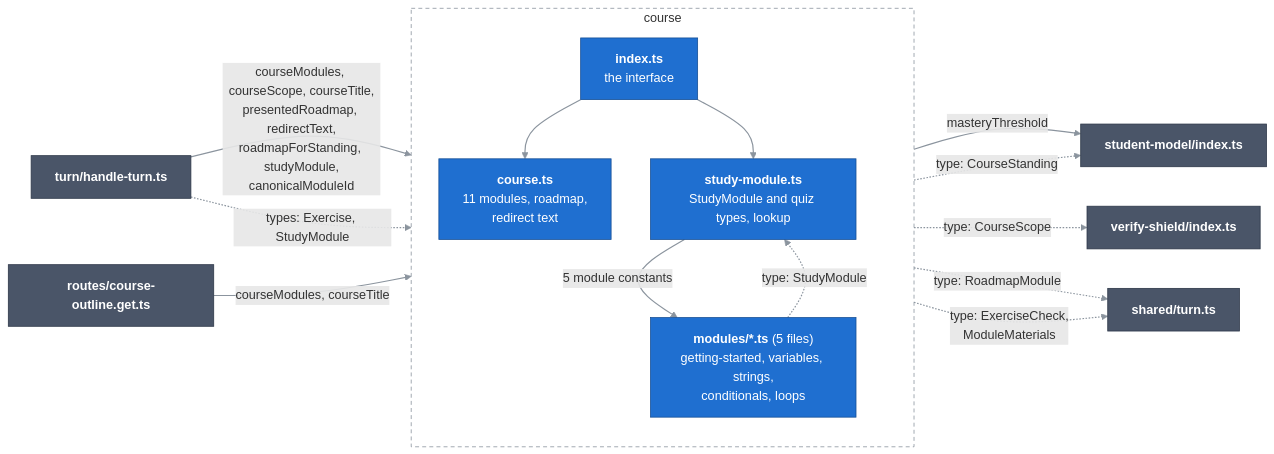
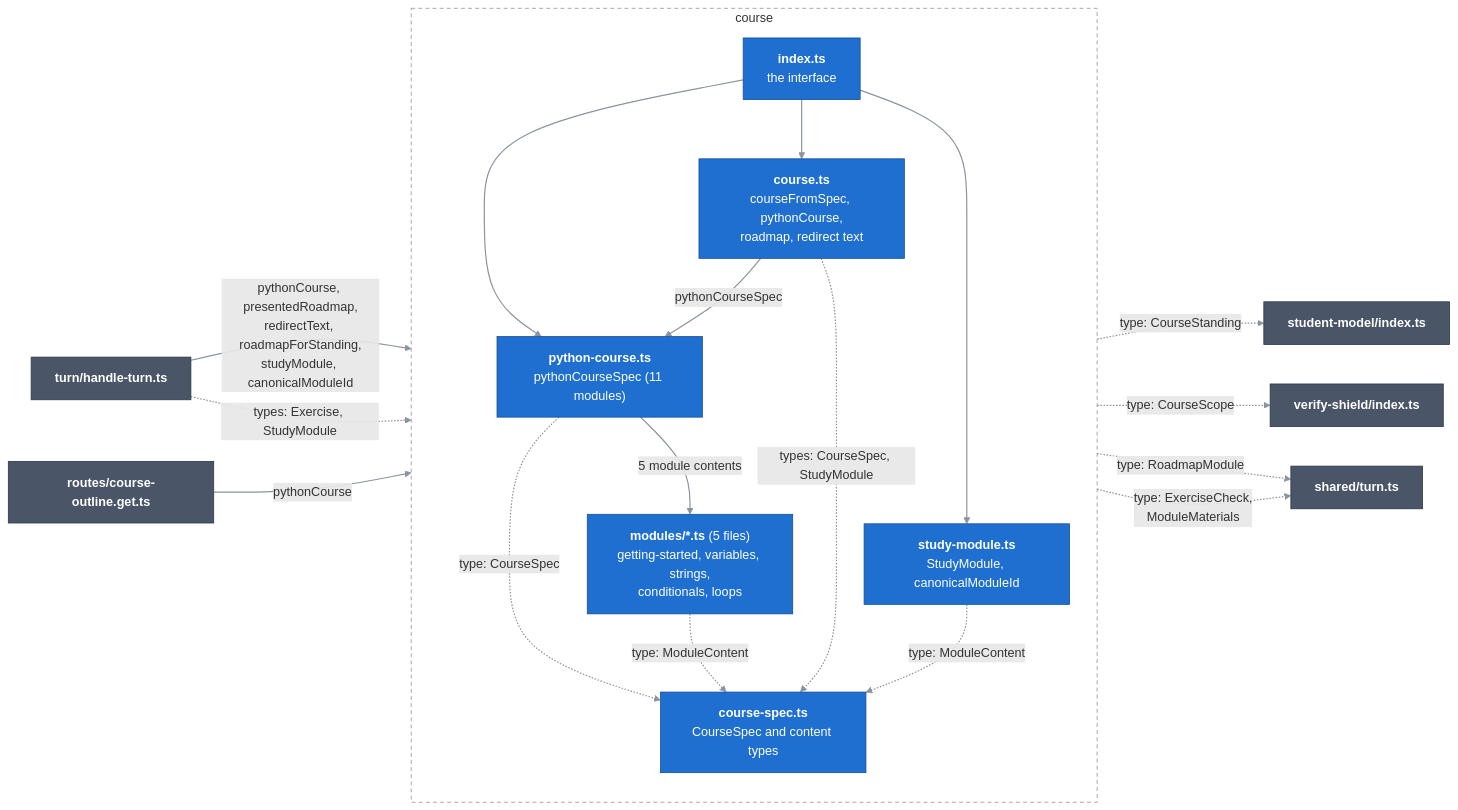
One commit to Bill2926/COS40005_HN9_Verifiable_Co-Learner_Agent changed the diagram in docs/c4/03-components/server/04-course.md. Above: the diagram before and after it, drawn with Mermaid. The commit also changed other lines of this file and 30 other files, not shown here.

First line of the commit message:
Course: the course becomes data shaped by the course spec (#158)

````diff
--- a/docs/c4/03-components/server/04-course.md
+++ b/docs/c4/03-components/server/04-course.md
@@ -11,35 +13,41 @@
 ```mermaid
 flowchart LR
   classDef comp fill:#1f6fd0,stroke:#164f96,color:#ffffff
   classDef near fill:#4a5568,stroke:#2d3748,color:#ffffff
   linkStyle default stroke:#8b949e,stroke-width:1.5px
 
   handleTurn["<b>turn/handle-turn.ts</b>"]:::near
   outline["<b>routes/course-outline.get.ts</b>"]:::near
   studentModel["<b>student-model/index.ts</b>"]:::near
   shield["<b>verify-shield/index.ts</b>"]:::near
   turnTypes["<b>shared/turn.ts</b>"]:::near
 
   subgraph course["course"]
     direction TB
     index["<b>index.ts</b><br/>the interface"]:::comp
-    courseFile["<b>course.ts</b><br/>11 modules, roadmap,<br/>redirect text"]:::comp
-    studyModule["<b>study-module.ts</b><br/>StudyModule and quiz types, lookup"]:::comp
+    courseFile["<b>course.ts</b><br/>courseFromSpec, pythonCourse,<br/>roadmap, redirect text"]:::comp
+    spec["<b>course-spec.ts</b><br/>CourseSpec and content types"]:::comp
+    pythonSpec["<b>python-course.ts</b><br/>pythonCourseSpec (11 modules)"]:::comp
+    studyModule["<b>study-module.ts</b><br/>StudyModule, canonicalModuleId"]:::comp
     modules["<b>modules/*.ts</b> (5 files)<br/>getting-started, variables, strings,<br/>conditionals, loops"]:::comp
   end
 
-  handleTurn -->|"courseModules, courseScope, courseTitle,<br/>presentedRoadmap, redirectText,<br/>roadmapForStanding, studyModule,<br/>canonicalModuleId"| index
+  handleTurn -->|"pythonCourse, presentedRoadmap,<br/>redirectText, roadmapForStanding,<br/>studyModule, canonicalModuleId"| index
   handleTurn -.->|"types: Exercise, StudyModule"| index
-  outline -->|"courseModules, courseTitle"| index
+  outline -->|"pythonCourse"| index
   index --> courseFile
+  index --> pythonSpec
   index --> studyModule
-  studyModule -->|"5 module constants"| modules
-  modules -.->|"type: StudyModule"| studyModule
-  courseFile -->|"masteryThreshold"| studentModel
+  courseFile -->|"pythonCourseSpec"| pythonSpec
+  pythonSpec -->|"5 module contents"| modules
+  pythonSpec -.->|"type: CourseSpec"| spec
+  modules -.->|"type: ModuleContent"| spec
+  courseFile -.->|"types: CourseSpec, StudyModule"| spec
+  studyModule -.->|"type: ModuleContent"| spec
   courseFile -.->|"type: CourseStanding"| studentModel
   courseFile -.->|"type: CourseScope"| shield
   courseFile -.->|"type: RoadmapModule"| turnTypes
-  studyModule -.->|"type: ExerciseCheck,<br/>ModuleMaterials"| turnTypes
+  spec -.->|"type: ExerciseCheck,<br/>ModuleMaterials"| turnTypes
 
   style course fill:none,stroke:#8b949e,stroke-dasharray:5 4
 ```
````
